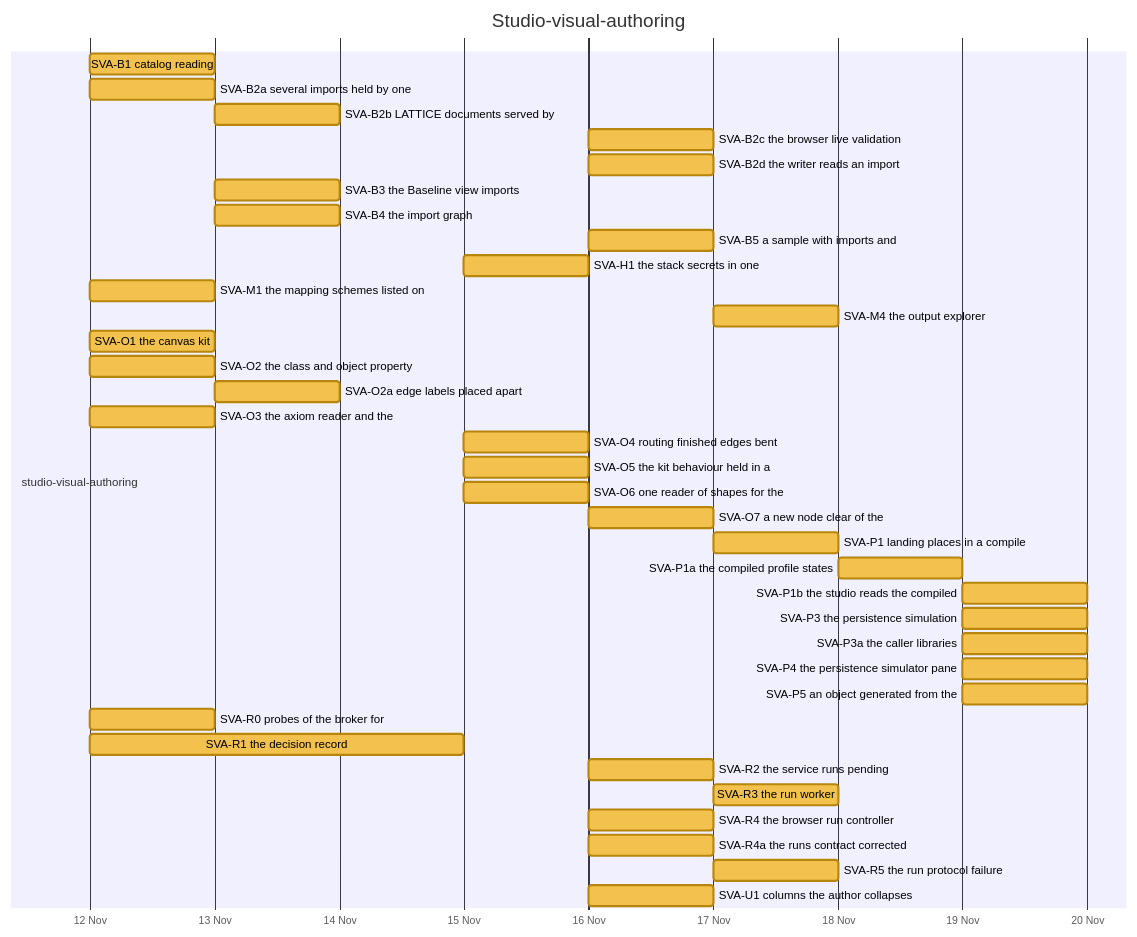
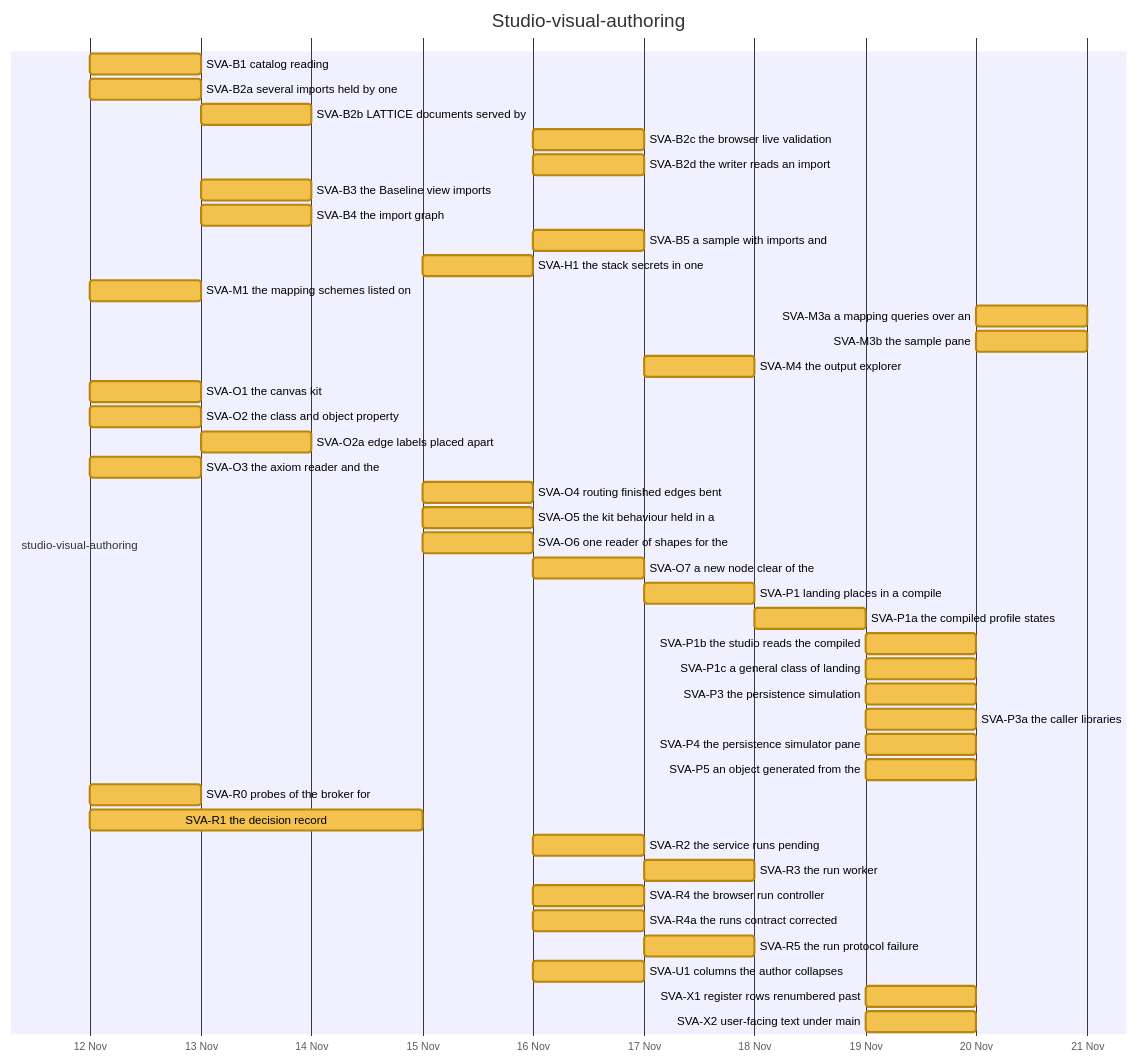
Before and after one commit to nebularis/lattice: diagram 16 of 32 in docs/developer/ROADMAP.md, drawn with Mermaid. The commit also changed other lines of this file and 1 other file, not shown here.

First line of the commit message:
[studio-visual-authoring] Pause after SVA-M3b, and refresh the roadmap's generated sections

````diff
--- a/docs/developer/ROADMAP.md
+++ b/docs/developer/ROADMAP.md
@@ -479,42 +479,47 @@
 ```mermaid
 %%{init: {"themeVariables": {"taskBkgColor": "#f2c14e", "taskBorderColor": "#b8860b", "taskTextColor": "#000000", "activeTaskBkgColor": "#4e9af1", "activeTaskBorderColor": "#1f5fbf", "activeTaskBorderColor": "#1f5fbf", "doneTaskBkgColor": "#8fcf8f", "doneTaskBorderColor": "#2f7d32", "critBkgColor": "#f28b82", "critBorderColor": "#b23a30", "taskTextDarkColor": "#000000", "taskTextLightColor": "#000000"}}}%%
 gantt
     title Studio-visual-authoring
     dateFormat YYYY-MM-DD
     axisFormat %d %b
     section studio-visual-authoring
     SVA-B1 catalog reading :svab1, 2026-11-12, 2026-11-13
     SVA-B2a several imports held by one :svab2a, 2026-11-12, 2026-11-13
     SVA-B2b LATTICE documents served by :svab2b, 2026-11-13, 2026-11-14
     SVA-B2c the browser live validation :svab2c, 2026-11-16, 2026-11-17
     SVA-B2d the writer reads an import :svab2d, 2026-11-16, 2026-11-17
     SVA-B3 the Baseline view imports :svab3, 2026-11-13, 2026-11-14
     SVA-B4 the import graph :svab4, 2026-11-13, 2026-11-14
     SVA-B5 a sample with imports and :svab5, 2026-11-16, 2026-11-17
     SVA-H1 the stack secrets in one :svah1, 2026-11-15, 2026-11-16
     SVA-M1 the mapping schemes listed on :svam1, 2026-11-12, 2026-11-13
+    SVA-M3a a mapping queries over an :svam3a, 2026-11-20, 2026-11-21
+    SVA-M3b the sample pane :svam3b, 2026-11-20, 2026-11-21
     SVA-M4 the output explorer :svam4, 2026-11-17, 2026-11-18
     SVA-O1 the canvas kit :svao1, 2026-11-12, 2026-11-13
     SVA-O2 the class and object property :svao2, 2026-11-12, 2026-11-13
     SVA-O2a edge labels placed apart :svao2a, 2026-11-13, 2026-11-14
     SVA-O3 the axiom reader and the :svao3, 2026-11-12, 2026-11-13
     SVA-O4 routing finished edges bent :svao4, 2026-11-15, 2026-11-16
     SVA-O5 the kit behaviour held in a :svao5, 2026-11-15, 2026-11-16
     SVA-O6 one reader of shapes for the :svao6, 2026-11-15, 2026-11-16
     SVA-O7 a new node clear of the :svao7, 2026-11-16, 2026-11-17
     SVA-P1 landing places in a compile :svap1, 2026-11-17, 2026-11-18
     SVA-P1a the compiled profile states :svap1a, 2026-11-18, 2026-11-19
     SVA-P1b the studio reads the compiled :svap1b, 2026-11-19, 2026-11-20
+    SVA-P1c a general class of landing :svap1c, 2026-11-19, 2026-11-20
     SVA-P3 the persistence simulation :svap3, 2026-11-19, 2026-11-20
     SVA-P3a the caller libraries :svap3a, 2026-11-19, 2026-11-20
     SVA-P4 the persistence simulator pane :svap4, 2026-11-19, 2026-11-20
     SVA-P5 an object generated from the :svap5, 2026-11-19, 2026-11-20
     SVA-R0 probes of the broker for :svar0, 2026-11-12, 2026-11-13
     SVA-R1 the decision record :svar1, 2026-11-12, 2026-11-15
     SVA-R2 the service runs pending :svar2, 2026-11-16, 2026-11-17
     SVA-R3 the run worker :svar3, 2026-11-17, 2026-11-18
     SVA-R4 the browser run controller :svar4, 2026-11-16, 2026-11-17
     SVA-R4a the runs contract corrected :svar4a, 2026-11-16, 2026-11-17
     SVA-R5 the run protocol failure :svar5, 2026-11-17, 2026-11-18
     SVA-U1 columns the author collapses :svau1, 2026-11-16, 2026-11-17
+    SVA-X1 register rows renumbered past :svax1, 2026-11-19, 2026-11-20
+    SVA-X2 user-facing text under main :svax2, 2026-11-19, 2026-11-20
 ```
````
